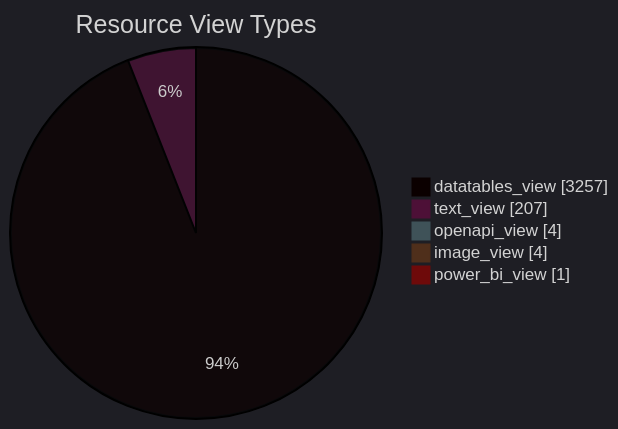
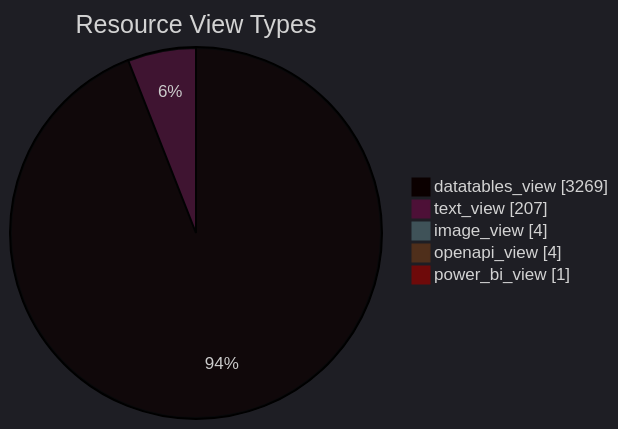
The diagram in datastore_tracker/resource_view_types_pie_chart.md (open-data/analytics-corporate-reporting), drawn with Mermaid before and after one commit. The commit also changed 9 other files, not shown here.

````diff
--- a/datastore_tracker/resource_view_types_pie_chart.md
+++ b/datastore_tracker/resource_view_types_pie_chart.md
@@ -2,12 +2,12 @@
 ```mermaid
 ---
 config:
   theme: dark
 ---
 pie showData title Resource View Types
-    "datatables_view": 3257
+    "datatables_view": 3269
     "text_view": 207
+    "image_view": 4
     "openapi_view": 4
-    "image_view": 4
     "power_bi_view": 1
 ```
````
